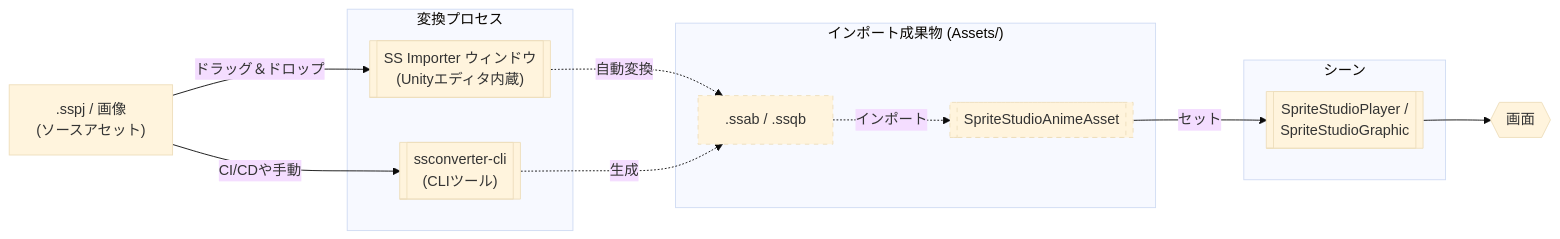
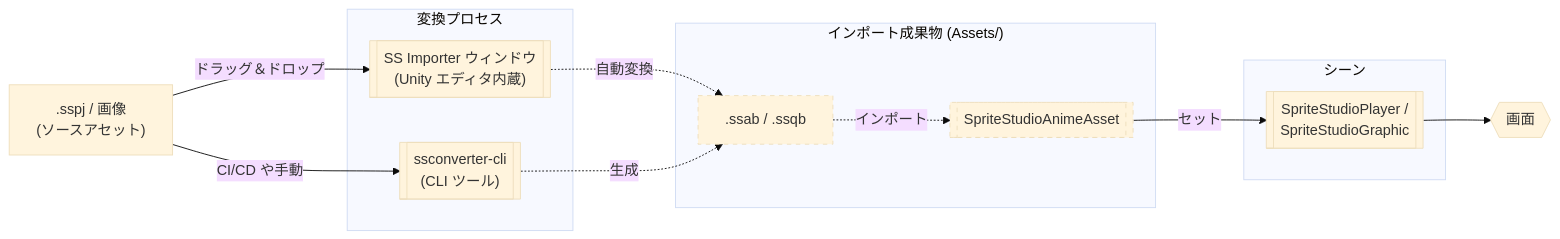
Before and after one commit to cri-middleware/SSPlayerForUnity: the diagram in docs/ja/index.md, drawn with Mermaid (base theme). The commit also changed other lines of this file and 9 other files, not shown here.

````diff
--- a/docs/ja/index.md
+++ b/docs/ja/index.md
@@ -41,30 +41,30 @@
 ```mermaid
 graph LR
     SS[" .sspj / 画像<br>(ソースアセット) "]
 
     subgraph Convert ["変換プロセス"]
-        IMP[[" SS Importer ウィンドウ<br>(Unityエディタ内蔵) "]]
-        CLI[[" ssconverter-cli<br>(CLIツール) "]]
+        IMP[[" SS Importer ウィンドウ<br>(Unity エディタ内蔵) "]]
+        CLI[[" ssconverter-cli<br>(CLI ツール) "]]
     end
 
     subgraph Asset ["インポート成果物 (Assets/)"]
         BIN[" .ssab / .ssqb "]
         SO[[ SpriteStudioAnimeAsset ]]
     end
 
     subgraph Runtime ["シーン"]
         NODE[[ SpriteStudioPlayer /<br>SpriteStudioGraphic ]]
     end
 
     SS -- "ドラッグ＆ドロップ" --> IMP
-    SS -- "CI/CDや手動" --> CLI
+    SS -- "CI/CD や手動" --> CLI
     IMP -. "自動変換" .-> BIN
     CLI -. "生成" .-> BIN
 
     BIN -. "インポート" .-> SO
     SO -- "セット" --> NODE
     NODE --> RENDER{{" 画面 "}}
 
     classDef generated stroke-dasharray: 5 5;
     class BIN,SO generated;
 ```
````
